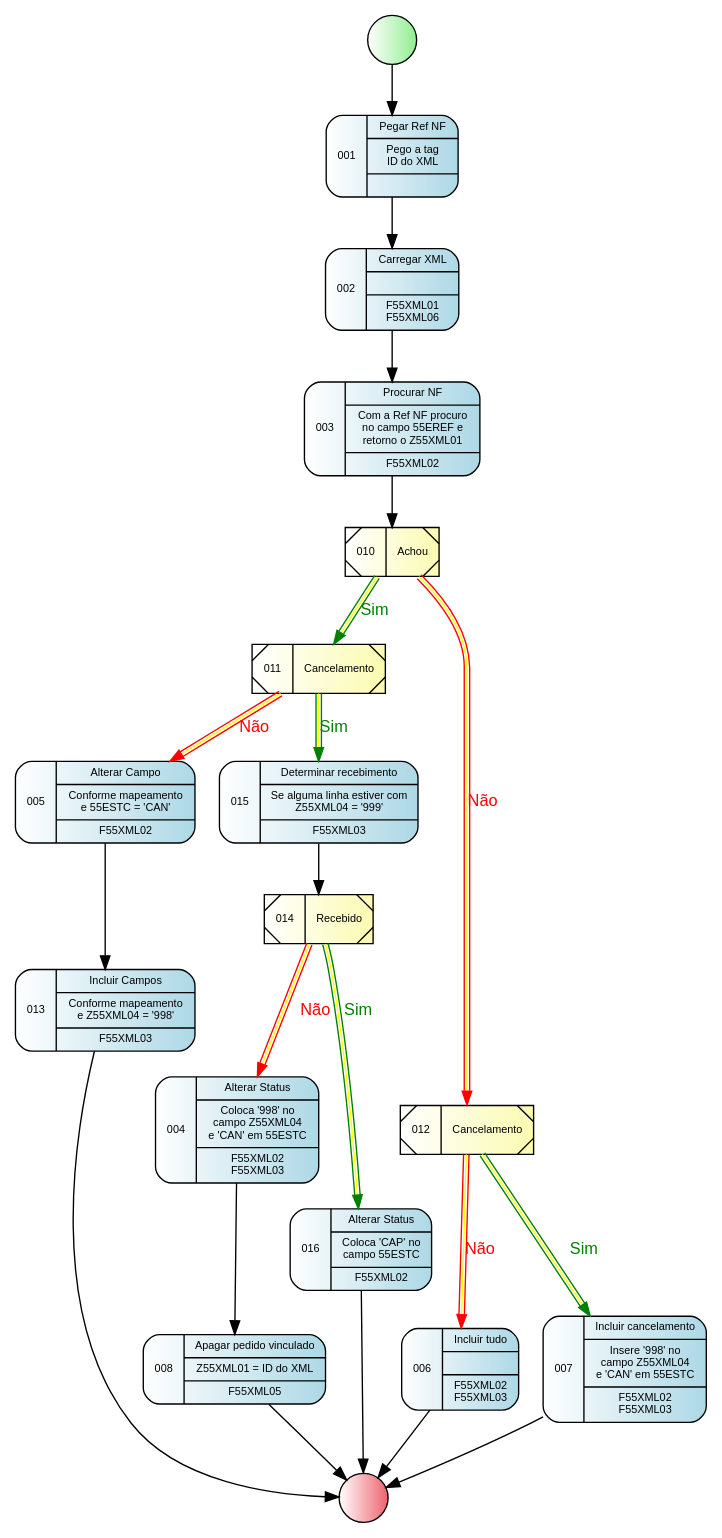
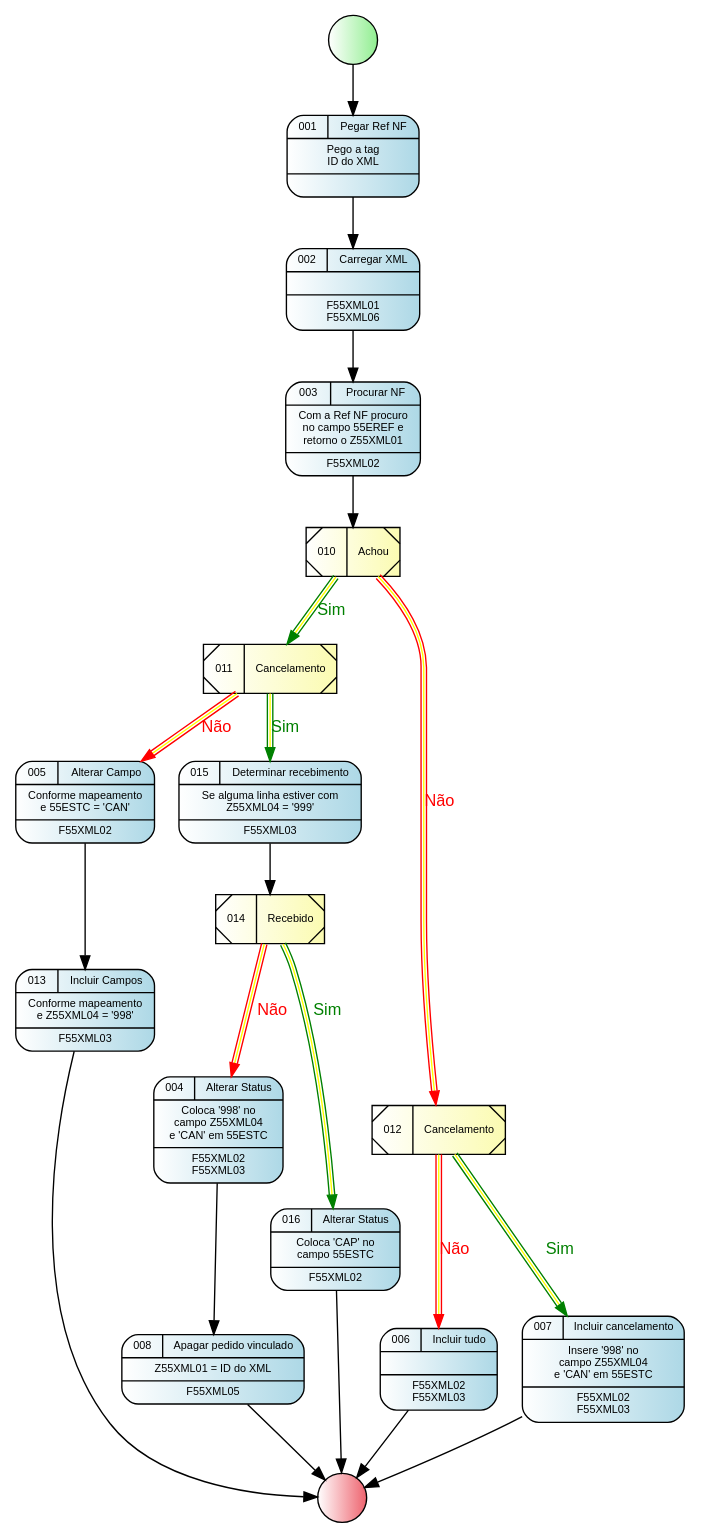
Before and after one commit to GiovaniPM/Graphs: the diagram in XML Process.gv, drawn with Graphviz.

Commit message:
giova(DESKTOP-PG18CKU) 200323105610

```diff
--- a/XML Process.gv
+++ b/XML Process.gv
@@ -1,154 +1,154 @@
 digraph R {
     nodeini [
                 shape=circle,
                 style="filled",
                 fillcolor="white:lightgreen",
                 label=""
             ]
     node001 [
                 fontname = "Arial",
                 fontsize = 8,
                 shape=record,
                 style="rounded,filled",
                 fillcolor="white:lightblue"
-                label="001|{Pegar Ref NF|Pego a tag\n ID do XML|}"
+                label="{{001|Pegar Ref NF}|Pego a tag\n ID do XML|}"
             ]
     node002 [
                 fontname = "Arial",
                 fontsize = 8,
                 shape=record,
                 style="rounded,filled",
                 fillcolor="white:lightblue"
-                label="002|{Carregar XML||F55XML01\nF55XML06}"
+                label="{{002|Carregar XML}||F55XML01\nF55XML06}"
             ]
     node003 [
                 fontname = "Arial",
                 fontsize = 8,
                 shape=record,
                 style="rounded,filled",
                 fillcolor="white:lightblue"
-                label="003|{Procurar NF|Com a Ref NF procuro\nno campo 55EREF e\nretorno o Z55XML01|F55XML02}"
+                label="{{003|Procurar NF}|Com a Ref NF procuro\nno campo 55EREF e\nretorno o Z55XML01|F55XML02}"
             ]
     node004 [
                 fontname = "Arial",
                 fontsize = 8,
                 shape=record,
                 style="rounded,filled",
                 fillcolor="white:lightblue"
-                label="004|{Alterar Status|Coloca '998' no\ncampo Z55XML04\ne 'CAN' em 55ESTC|F55XML02\nF55XML03}"
+                label="{{004|Alterar Status}|Coloca '998' no\ncampo Z55XML04\ne 'CAN' em 55ESTC|F55XML02\nF55XML03}"
             ]
     node005 [
                 fontname = "Arial",
                 fontsize = 8,
                 shape=record,
                 style="rounded,filled",
                 fillcolor="white:lightblue"
-                label="005|{Alterar Campo|Conforme mapeamento\ne 55ESTC = 'CAN'|F55XML02}"
+                label="{{005|Alterar Campo}|Conforme mapeamento\ne 55ESTC = 'CAN'|F55XML02}"
             ]
     node006 [
                 fontname = "Arial",
                 fontsize = 8,
                 shape=record,
                 style="rounded,filled",
                 fillcolor="white:lightblue"
-                label="006|{Incluir tudo||F55XML02\nF55XML03}"
+                label="{{006|Incluir tudo}||F55XML02\nF55XML03}"
             ]
     node007 [
                 fontname = "Arial",
                 fontsize = 8,
                 shape=record,
                 style="rounded,filled",
                 fillcolor="white:lightblue"
-                label="007|{Incluir cancelamento|Insere '998' no\ncampo Z55XML04\ne 'CAN' em 55ESTC|F55XML02\nF55XML03}"
+                label="{{007|Incluir cancelamento}|Insere '998' no\ncampo Z55XML04\ne 'CAN' em 55ESTC|F55XML02\nF55XML03}"
             ]
     node008 [
                 fontname = "Arial",
                 fontsize = 8,
                 shape=record,
                 style="rounded,filled",
                 fillcolor="white:lightblue"
-                label="008|{Apagar pedido vinculado|Z55XML01 = ID do XML|F55XML05}"
+                label="{{008|Apagar pedido vinculado}|Z55XML01 = ID do XML|F55XML05}"
             ]
     node010 [
                 fontname = "Arial",
                 fontsize = 8,
                 shape=record,
                 style="diagonals,filled",
                 fillcolor="white:#fbfbb1"
                 label="010|Achou"
             ]
     node011 [
                 fontname = "Arial",
                 fontsize = 8,
                 shape=record,
                 style="diagonals,filled",
                 fillcolor="white:#fbfbb1"
                 label="011|Cancelamento"
             ]
     node012 [
                 fontname = "Arial",
                 fontsize = 8,
                 shape=record,
                 style="diagonals,filled",
                 fillcolor="white:#fbfbb1"
                 label="012|Cancelamento"
             ]
     node013 [
                 fontname = "Arial",
                 fontsize = 8,
                 shape=record,
                 style="rounded,filled",
                 fillcolor="white:lightblue"
-                label="013|{Incluir Campos|Conforme mapeamento\ne Z55XML04 = '998'|F55XML03}"
+                label="{{013|Incluir Campos}|Conforme mapeamento\ne Z55XML04 = '998'|F55XML03}"
             ]
     node014 [
                 fontname = "Arial",
                 fontsize = 8,
                 shape=record,
                 style="diagonals,filled",
                 fillcolor="white:#fbfbb1"
                 label="014|Recebido"
             ]
     node015 [
                 fontname = "Arial",
                 fontsize = 8,
                 shape=record,
                 style="rounded,filled",
                 fillcolor="white:lightblue"
-                label="015|{Determinar recebimento|Se alguma linha estiver com\nZ55XML04 = '999'|F55XML03}"
+                label="{{015|Determinar recebimento}|Se alguma linha estiver com\nZ55XML04 = '999'|F55XML03}"
             ]
     node016 [
                 fontname = "Arial",
                 fontsize = 8,
                 shape=record,
                 style="rounded,filled",
                 fillcolor="white:lightblue"
-                label="016|{Alterar Status|Coloca 'CAP' no\ncampo 55ESTC|F55XML02}"
+                label="{{016|Alterar Status}|Coloca 'CAP' no\ncampo 55ESTC|F55XML02}"
             ]
     nodefin [
                 shape=circle,
                 style="filled",
                 fillcolor="white:#ee636e",
                 label=""
             ]
     nodeini -> node001
     node001 -> node002
     node002 -> node003
     node003 -> node010
     node010 -> node011 [fontname = "Arial", fontsize = 12, fontcolor="green", color="green:yellow:green", label="Sim"]
     node010 -> node012 [fontname = "Arial", fontsize = 12, fontcolor="red", color="red:yellow:red", label="Não"]
     node011 -> node015 [fontname = "Arial", fontsize = 12, fontcolor="green", color="green:yellow:green", label="Sim"]
     node011 -> node005 [fontname = "Arial", fontsize = 12, fontcolor="red", color="red:yellow:red", label="Não"]
     node004 -> node008
     node012 -> node007 [fontname = "Arial", fontsize = 12, fontcolor="green", color="green:yellow:green", label="Sim"]
     node012 -> node006 [fontname = "Arial", fontsize = 12, fontcolor="red", color="red:yellow:red", label="Não"]
     node005 -> node013
     node015 -> node014
     node014 -> node016 [fontname = "Arial", fontsize = 12, fontcolor="green", color="green:yellow:green", label="Sim"]
     node014 -> node004 [fontname = "Arial", fontsize = 12, fontcolor="red", color="red:yellow:red", label="Não"]
     node013 -> nodefin
     node008 -> nodefin
     node006 -> nodefin
     node016 -> nodefin
     node007 -> nodefin
 }
```
